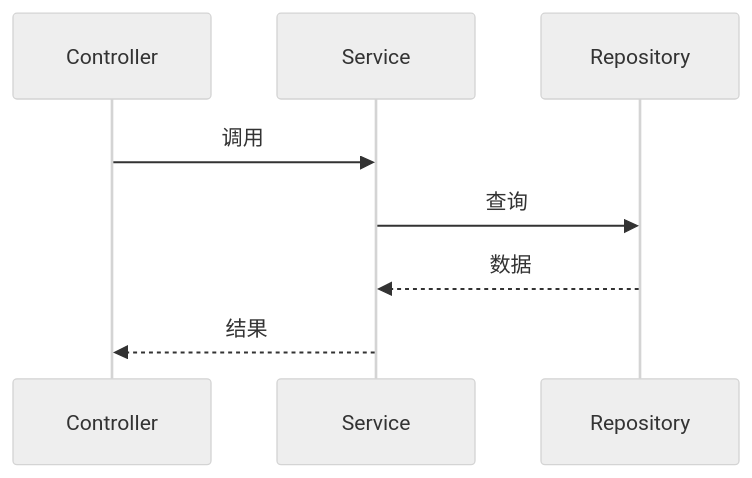
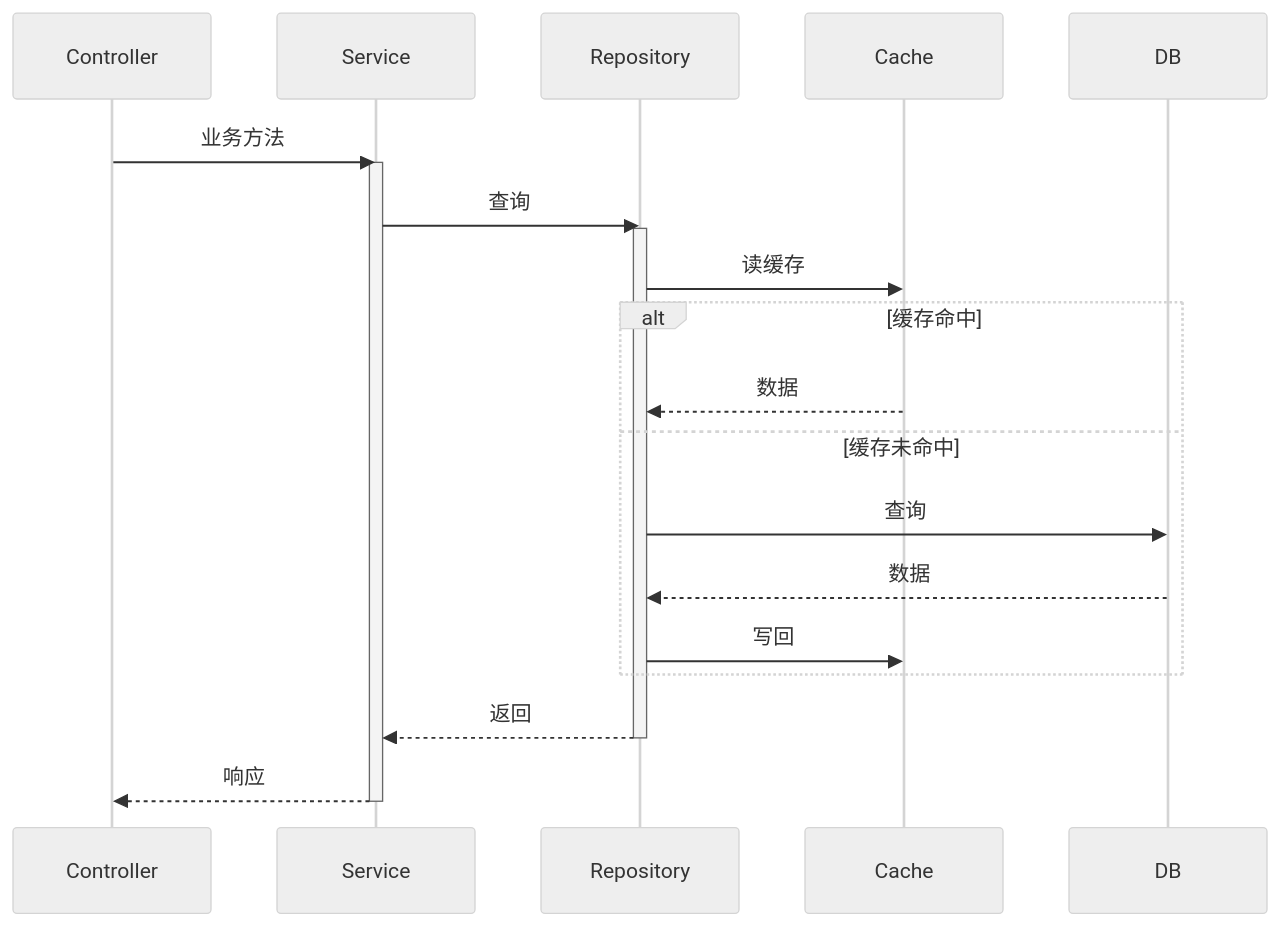
Before and after one commit to vanpipy/SSD-Template: the second of 2 diagrams in schema/tech_design/apis.md, drawn with Mermaid (neutral theme). The commit also changed other lines of this file and 70 other files, not shown here.

````diff
--- a/schema/tech_design/apis.md
+++ b/schema/tech_design/apis.md
@@ -116,11 +177,25 @@
 ```mermaid
 sequenceDiagram
     participant C as Controller
     participant S as Service
     participant R as Repository
+    participant Cache
+    participant DB
 
-    C->>S: 调用
+    C->>S: 业务方法
+    activate S
     S->>R: 查询
-    R-->>S: 数据
-    S-->>C: 结果
+    activate R
+    R->>Cache: 读缓存
+    alt 缓存命中
+        Cache-->>R: 数据
+    else 缓存未命中
+        R->>DB: 查询
+        DB-->>R: 数据
+        R->>Cache: 写回
+    end
+    R-->>S: 返回
+    deactivate R
+    S-->>C: 响应
+    deactivate S
 ```
````
